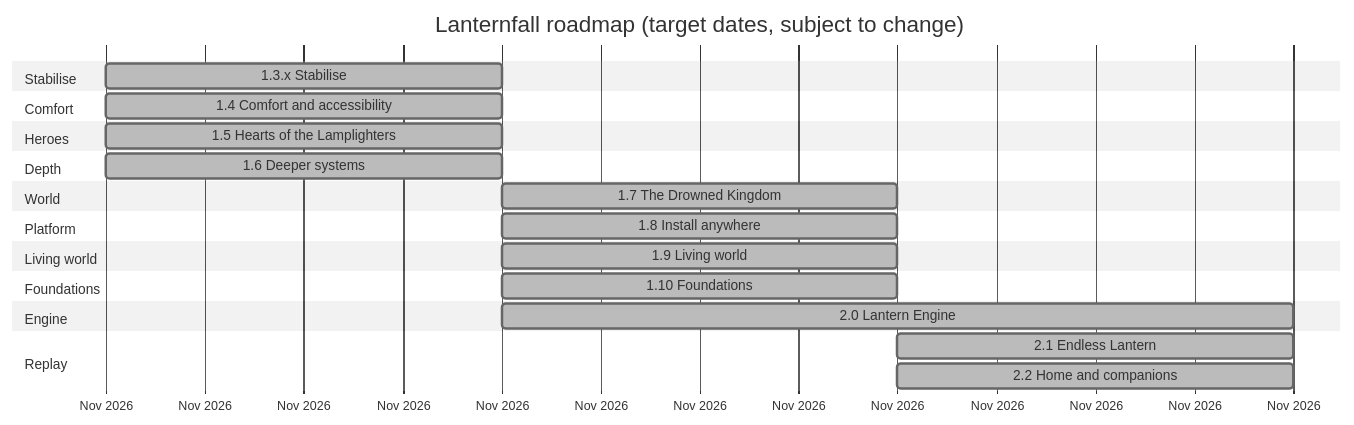
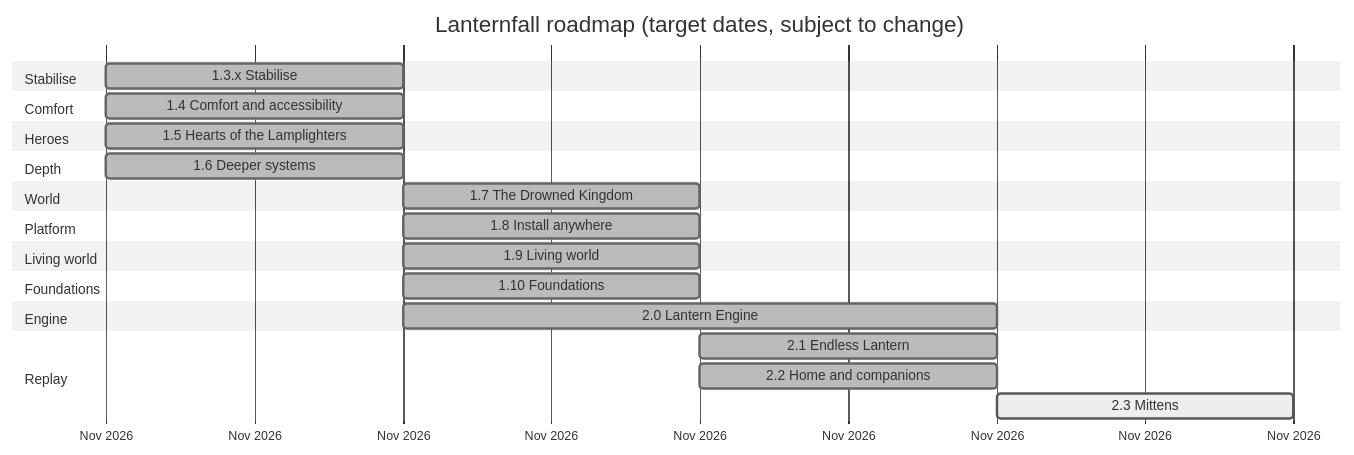
The third of 13 diagrams in ROADMAP.md (CptNope/Laternfall), drawn with Mermaid (neutral theme) before and after one commit. The commit also changed other lines of this file and 1 other file, not shown here.

````diff
--- a/ROADMAP.md
+++ b/ROADMAP.md
@@ -99,27 +99,28 @@
 ```mermaid
 gantt
     title Lanternfall roadmap (target dates, subject to change)
     dateFormat YYYY-MM-DD
     axisFormat %b %Y
     section Stabilise
     1.3.x Stabilise                  :done, m13, 2026-11-23, 1d
     section Comfort
     1.4 Comfort and accessibility    :done, m14, 2026-11-23, 1d
     section Heroes
     1.5 Hearts of the Lamplighters   :done, m15, 2026-11-23, 1d
     section Depth
     1.6 Deeper systems               :done, m16, 2026-11-23, 1d
     section World
     1.7 The Drowned Kingdom          :done, m17, 2026-11-24, 1d
     section Platform
     1.8 Install anywhere             :done, m18, 2026-11-24, 1d
     section Living world
     1.9 Living world                 :done, m19, 2026-11-24, 1d
     section Foundations
     1.10 Foundations                 :done, m110, 2026-11-24, 1d
     section Engine
     2.0 Lantern Engine               :done, m20, 2026-11-24, 2d
     section Replay
     2.1 Endless Lantern              :done, m21, 2026-11-25, 1d
     2.2 Home and companions          :done, m22, 2026-11-25, 1d
+    2.3 Mittens                      :active, m23, 2026-11-26, 1d
 ```
````
